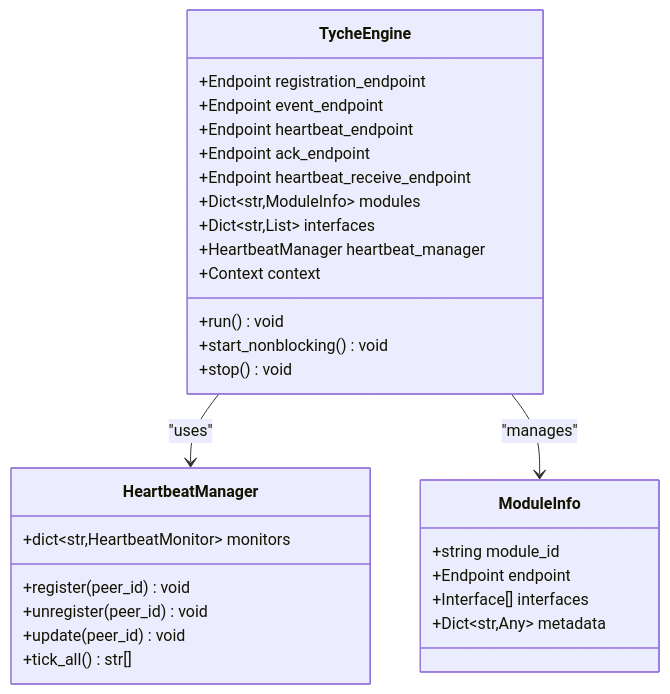
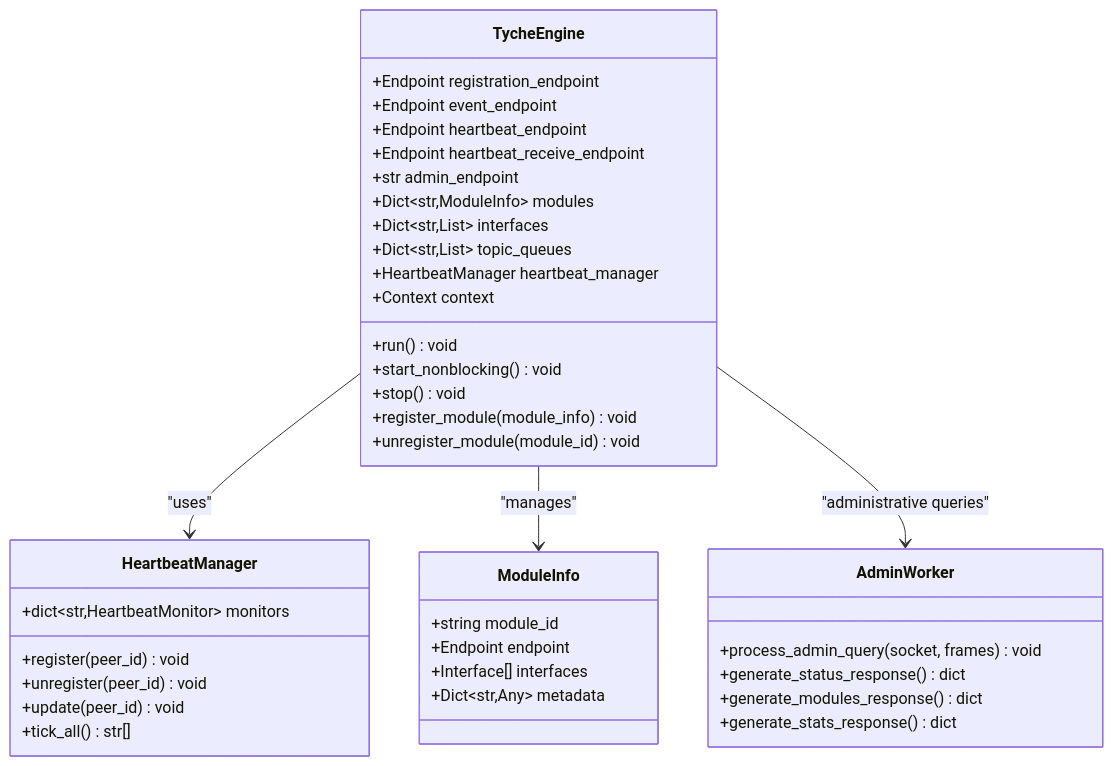
The third of 12 diagrams in .qoder/repowiki/en/content/Core Components/TycheEngine - Central Broker.md (zt281/TycheEngine), drawn with Mermaid before and after one commit. The commit also changed other lines of this file and 34 other files, not shown here.

````diff
--- a/.qoder/repowiki/en/content/Core Components/TycheEngine - Central Broker.md
+++ b/.qoder/repowiki/en/content/Core Components/TycheEngine - Central Broker.md
@@ -165,32 +220,42 @@
 ```mermaid
 classDiagram
 class TycheEngine {
 +Endpoint registration_endpoint
 +Endpoint event_endpoint
 +Endpoint heartbeat_endpoint
-+Endpoint ack_endpoint
 +Endpoint heartbeat_receive_endpoint
++str admin_endpoint
 +Dict~str,ModuleInfo~ modules
 +Dict~str,List~ interfaces
++Dict~str,List~ topic_queues
 +HeartbeatManager heartbeat_manager
 +Context context
 +run() void
 +start_nonblocking() void
 +stop() void
++register_module(module_info) void
++unregister_module(module_id) void
 }
 class HeartbeatManager {
 +dict~str,HeartbeatMonitor~ monitors
 +register(peer_id) void
 +unregister(peer_id) void
 +update(peer_id) void
 +tick_all() str[]
 }
 class ModuleInfo {
 +string module_id
 +Endpoint endpoint
 +Interface[] interfaces
 +Dict~str,Any~ metadata
 }
+class AdminWorker {
++process_admin_query(socket, frames) void
++generate_status_response() dict
++generate_modules_response() dict
++generate_stats_response() dict
+}
 TycheEngine --> HeartbeatManager : "uses"
 TycheEngine --> ModuleInfo : "manages"
+TycheEngine --> AdminWorker : "administrative queries"
 ```
````
